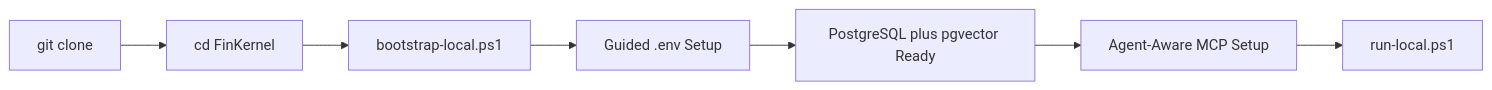
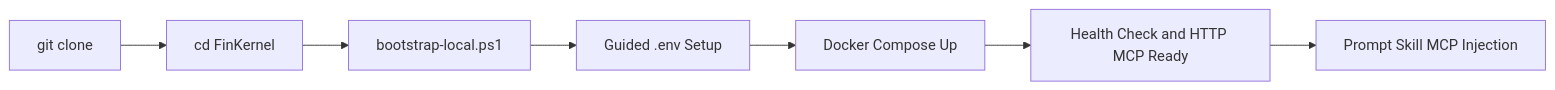
Before and after one commit to JiwenS/FinKernel: the second of 2 diagrams in README.md, drawn with Mermaid. The commit also changed other lines of this file and 17 other files, not shown here.

````diff
--- a/README.md
+++ b/README.md
@@ -119,9 +130,9 @@
 ```mermaid
 flowchart LR
     A[git clone] --> B[cd FinKernel]
     B --> C[bootstrap-local.ps1]
     C --> D[Guided .env Setup]
-    D --> E[PostgreSQL plus pgvector Ready]
-    E --> F[Agent-Aware MCP Setup]
-    F --> G[run-local.ps1]
+    D --> E[Docker Compose Up]
+    E --> F[Health Check and HTTP MCP Ready]
+    F --> G[Prompt Skill MCP Injection]
 ```
````
